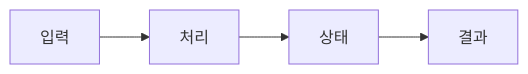
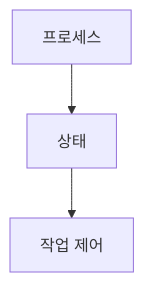
Before and after one commit to umyunsang/edu: the diagram in ComputerScience/04_systems-infrastructure/linux/notes/11. 프로세스 기초.md, drawn with Mermaid. The commit also changed other lines of this file and 6 other files, not shown here.

````diff
--- a/ComputerScience/04_systems-infrastructure/linux/notes/11. 프로세스 기초.md
+++ b/ComputerScience/04_systems-infrastructure/linux/notes/11. 프로세스 기초.md
@@ -25,6 +19,5 @@
 ```mermaid
-flowchart LR
- A[입력] --> B[처리]
- B --> C[상태]
- C --> D[결과]
+flowchart TB
+    A[프로세스] --> B[상태]
+    B --> C[작업 제어]
 ```
````
